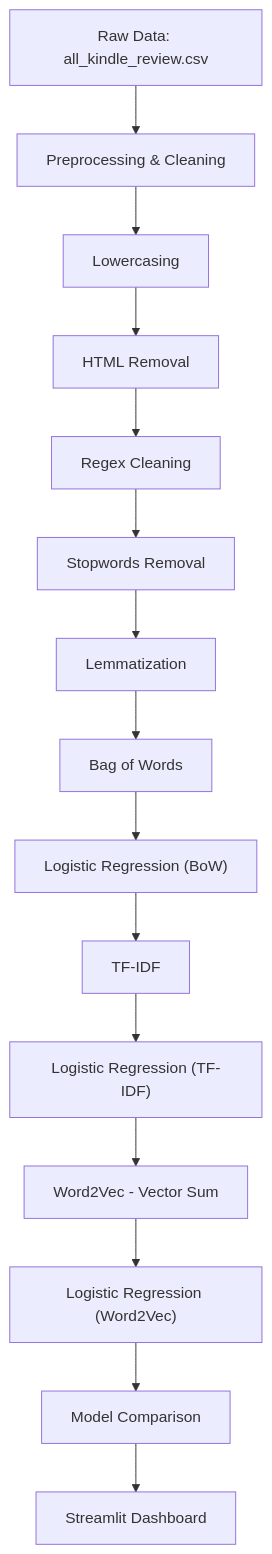
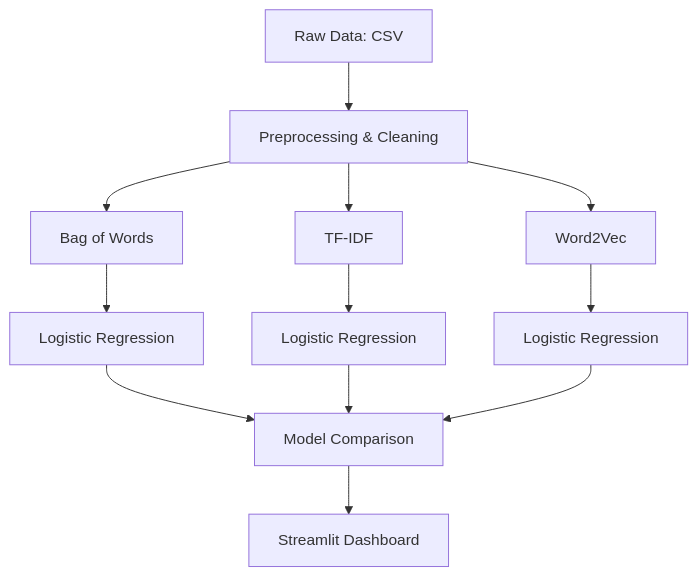
One commit to Tushika2024/Sentiment-Benchmark changed the diagram in README.md. Above: the diagram before and after it, drawn with Mermaid.

````diff
--- a/README.md
+++ b/README.md
@@ -11,22 +11,17 @@
 ```mermaid id="wf-final-01"
 flowchart TD
-    A["Raw Data: all_kindle_review.csv"] --> B["Preprocessing & Cleaning"]
+    A[Raw Data: CSV] --> B[Preprocessing & Cleaning]
+    B --> C1[Bag of Words]
+    B --> C2[TF-IDF]
+    B --> C3[Word2Vec]
 
-    B --> B1["Lowercasing"]
-    B1 --> B2["HTML Removal"]
-    B2 --> B3["Regex Cleaning"]
-    B3 --> B4["Stopwords Removal"]
-    B4 --> B5["Lemmatization"]
+    C1 --> D1[Logistic Regression]
+    C2 --> D2[Logistic Regression]
+    C3 --> D3[Logistic Regression]
 
-    B5 --> C1["Bag of Words"]
-    C1 --> D1["Logistic Regression (BoW)"]
+    D1 --> E[Model Comparison]
+    D2 --> E
+    D3 --> E
 
-    D1 --> C2["TF-IDF"]
-    C2 --> D2["Logistic Regression (TF-IDF)"]
-
-    D2 --> C3["Word2Vec - Vector Sum"]
-    C3 --> D3["Logistic Regression (Word2Vec)"]
-
-    D3 --> E["Model Comparison"]
-    E --> F["Streamlit Dashboard"]
+    E --> F[Streamlit Dashboard]
 ```
````
